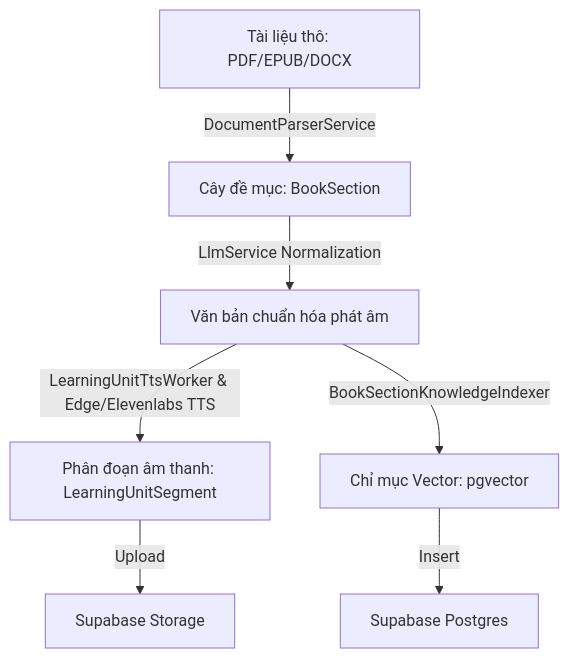
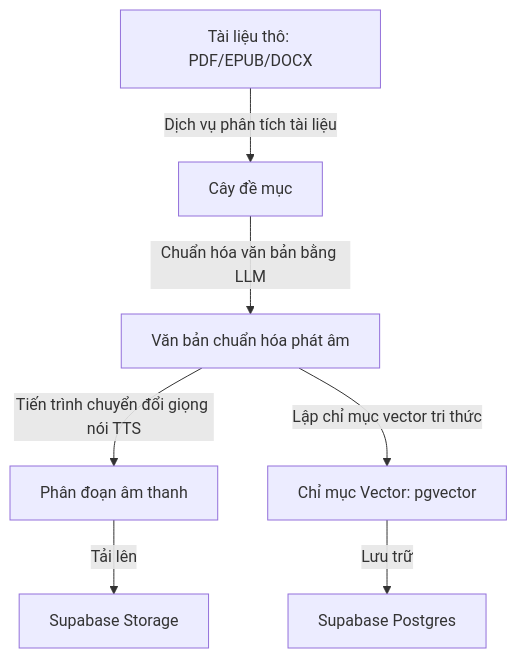
The first of 5 diagrams in _docs_capstone/outline_4c.md (KhoaSinno/triam-backend), drawn with Mermaid before and after one commit. The commit also changed other lines of this file, not shown here.

````diff
--- a/_docs_capstone/outline_4c.md
+++ b/_docs_capstone/outline_4c.md
@@ -24,9 +24,9 @@
 ```mermaid
 flowchart TD
-    Raw[Tài liệu thô: PDF/EPUB/DOCX] -->|DocumentParserService| Sections[Cây đề mục: BookSection]
-    Sections -->|LlmService Normalization| Normalized[Văn bản chuẩn hóa phát âm]
-    Normalized -->|LearningUnitTtsWorker & Edge/Elevenlabs TTS| Segments[Phân đoạn âm thanh: LearningUnitSegment]
-    Segments -->|Upload| Storage[Supabase Storage]
-    Normalized -->|BookSectionKnowledgeIndexer| Index[Chỉ mục Vector: pgvector]
-    Index -->|Insert| Postgres[Supabase Postgres]
+    Raw[Tài liệu thô: PDF/EPUB/DOCX] -->|Dịch vụ phân tích tài liệu| Sections[Cây đề mục]
+    Sections -->|Chuẩn hóa văn bản bằng LLM| Normalized[Văn bản chuẩn hóa phát âm]
+    Normalized -->|Tiến trình chuyển đổi giọng nói TTS| Segments[Phân đoạn âm thanh]
+    Segments -->|Tải lên| Storage[Supabase Storage]
+    Normalized -->|Lập chỉ mục vector tri thức| Index[Chỉ mục Vector: pgvector]
+    Index -->|Lưu trữ| Postgres[Supabase Postgres]
 ```
````
